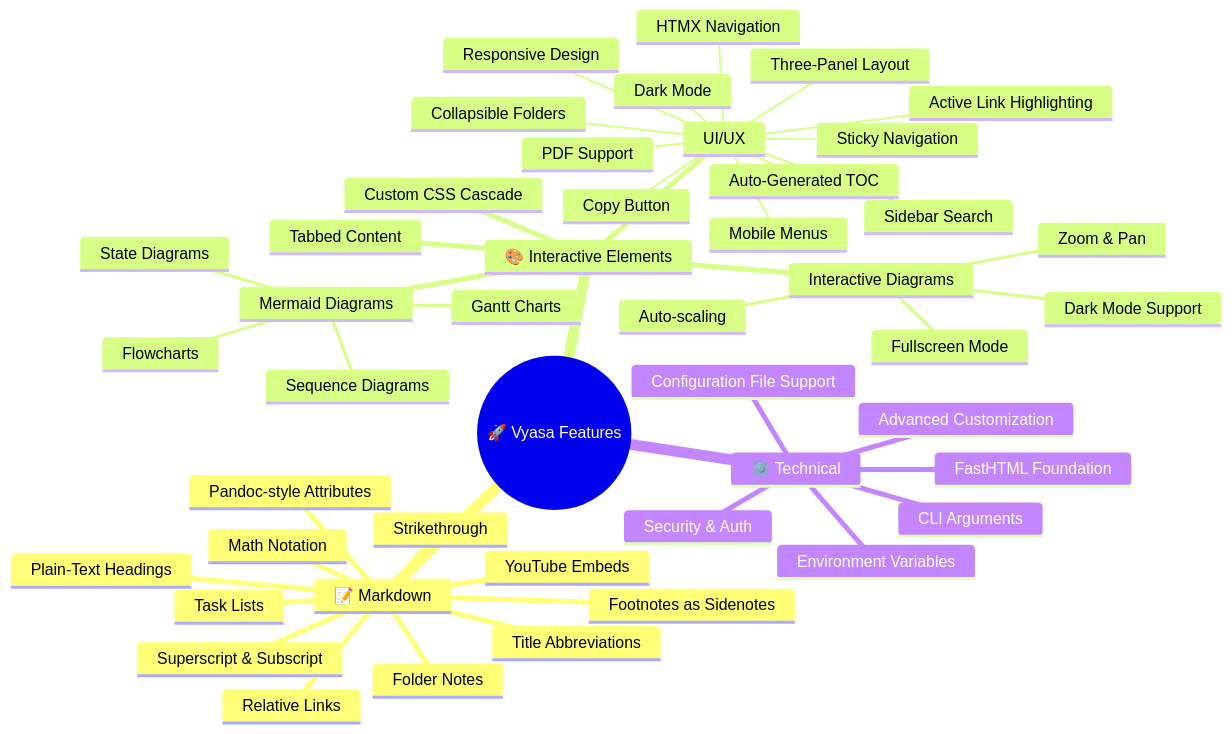
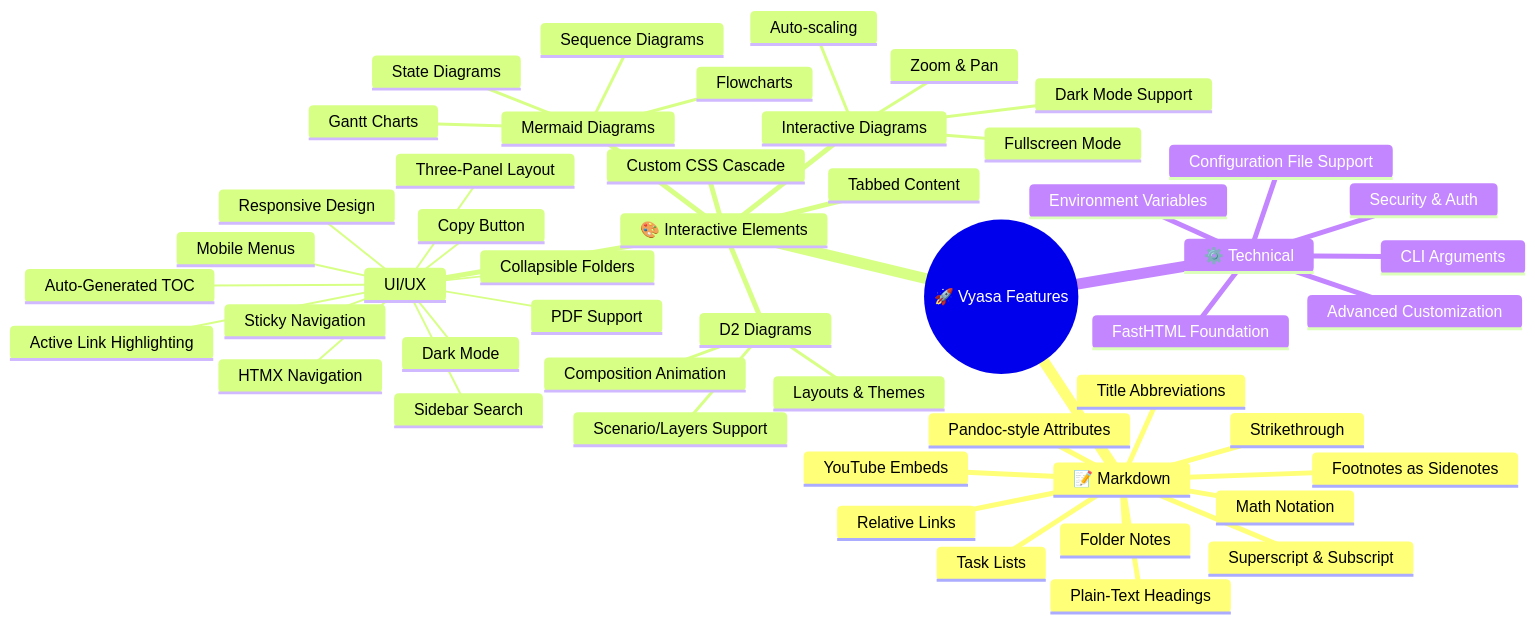
One commit to sizhky/vyasa changed the diagram in README.md. Above: the diagram before and after it, drawn with Mermaid. The commit also changed other lines of this file and 5 other files, not shown here.

````diff
--- a/README.md
+++ b/README.md
@@ -50,49 +50,53 @@
 ```mermaid
 mindmap
   root((🚀 Vyasa Features))
     📝 Markdown
       Footnotes as Sidenotes
       YouTube Embeds
       Task Lists
       Math Notation
       Superscript & Subscript
       Strikethrough
       Relative Links
       Plain-Text Headings
       Pandoc-style Attributes
       Title Abbreviations
       Folder Notes
     🎨 Interactive Elements
       Mermaid Diagrams
         Flowcharts
         Sequence Diagrams
         State Diagrams
         Gantt Charts
+      D2 Diagrams
+        Layouts & Themes
+        Composition Animation
+        Scenario/Layers Support
       Interactive Diagrams
         Zoom & Pan
         Fullscreen Mode
         Dark Mode Support
         Auto-scaling
       Tabbed Content
       Custom CSS Cascade
      UI/UX
       Responsive Design
       Dark Mode
       Three-Panel Layout
       HTMX Navigation
       Collapsible Folders
       Sidebar Search
       Auto-Generated TOC
       Mobile Menus
       Sticky Navigation
       Active Link Highlighting
       PDF Support
       Copy Button
     ⚙️ Technical
       FastHTML Foundation
       Configuration File Support
       CLI Arguments
       Environment Variables
       Security & Auth
       Advanced Customization
 ```
````
